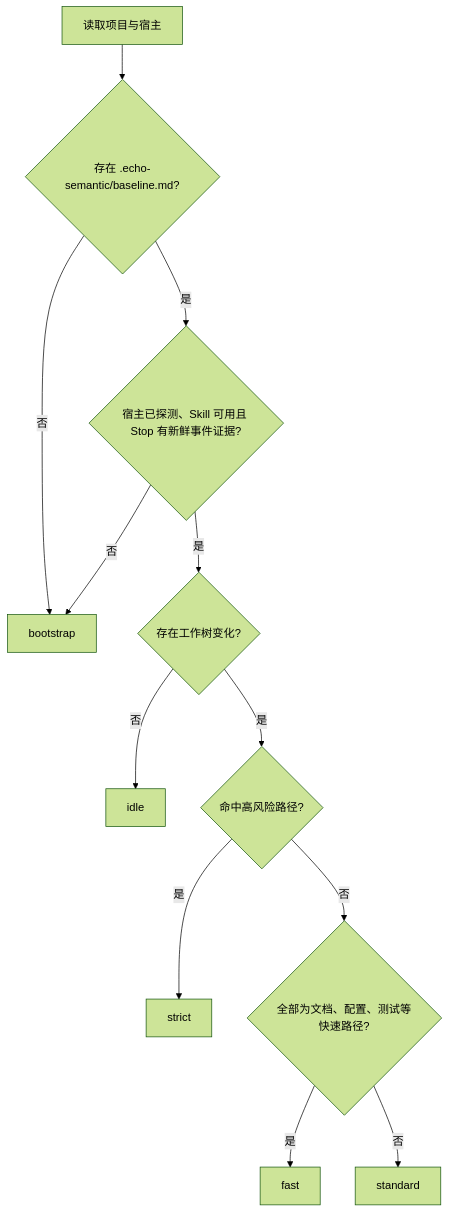
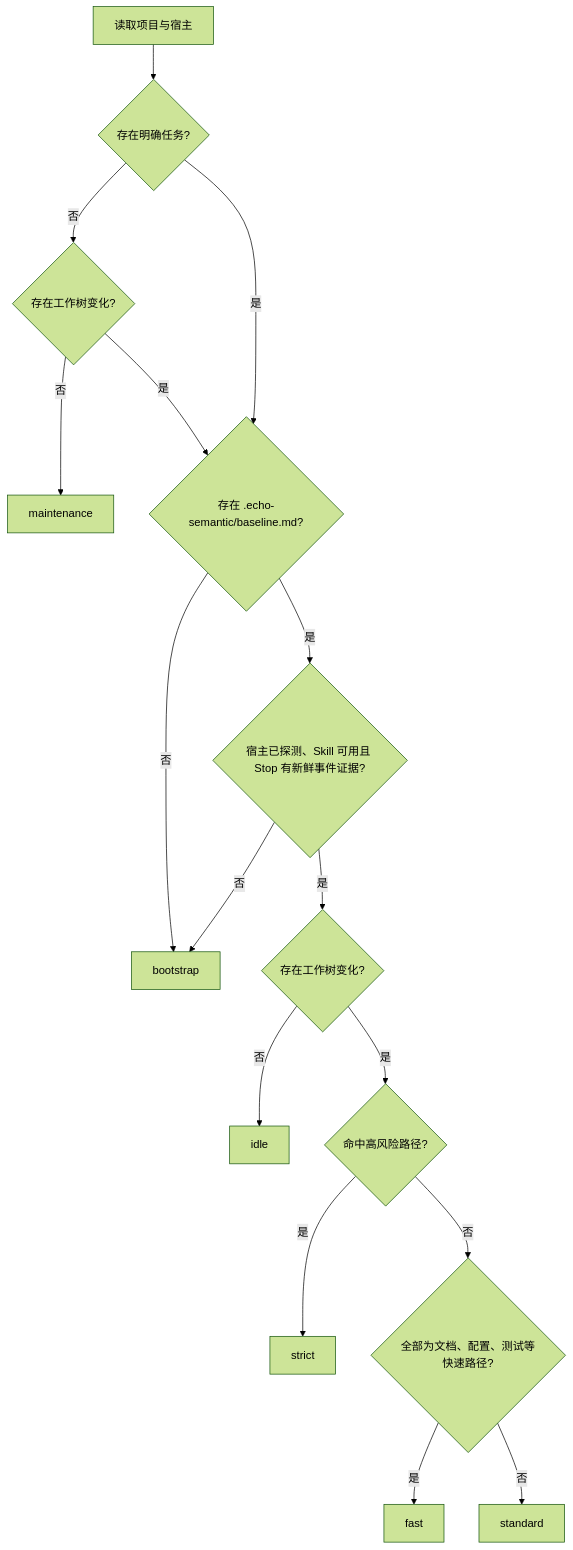
Before and after one commit to EchoYue-lp/echo-semantic: the third of 9 diagrams in docs/supreme/specs/plugin-architecture/design.md, drawn with Mermaid (forest theme). The commit also changed other lines of this file and 68 other files, not shown here.

````diff
--- a/docs/supreme/specs/plugin-architecture/design.md
+++ b/docs/supreme/specs/plugin-architecture/design.md
@@ -209,14 +220,18 @@
 ```mermaid
 flowchart TD
-  Start[读取项目与宿主] --> HasBaseline{存在 .echo-semantic/baseline.md?}
+  Start[读取项目与宿主] --> Scope{存在明确任务?}
+  Scope -- 否 --> HasChanges{存在工作树变化?}
+  HasChanges -- 否 --> Maintenance[maintenance]
+  HasChanges -- 是 --> HasBaseline{存在 .echo-semantic/baseline.md?}
+  Scope -- 是 --> HasBaseline
   HasBaseline -- 否 --> Bootstrap[bootstrap]
   HasBaseline -- 是 --> HostReady{宿主已探测、Skill 可用且 Stop 有新鲜事件证据?}
   HostReady -- 否 --> Bootstrap
   HostReady -- 是 --> Changed{存在工作树变化?}
   Changed -- 否 --> Idle[idle]
   Changed -- 是 --> High{命中高风险路径?}
   High -- 是 --> Strict[strict]
   High -- 否 --> FastOnly{全部为文档、配置、测试等快速路径?}
   FastOnly -- 是 --> Fast[fast]
   FastOnly -- 否 --> Standard[standard]
 ```
````
